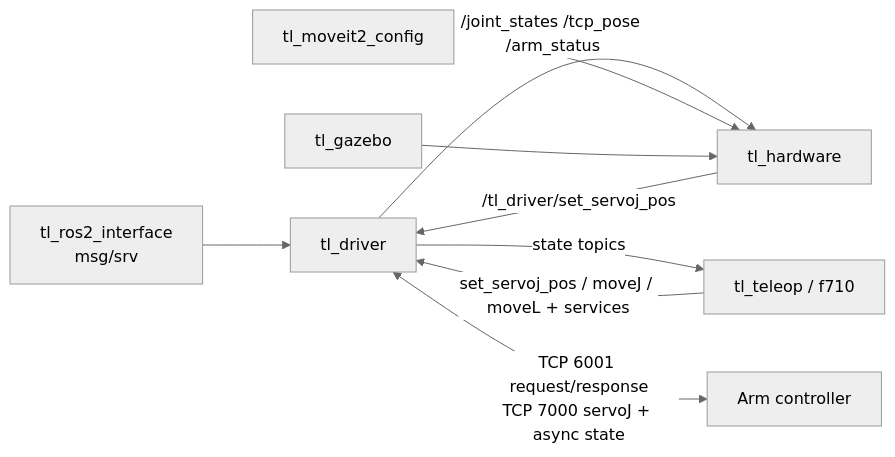
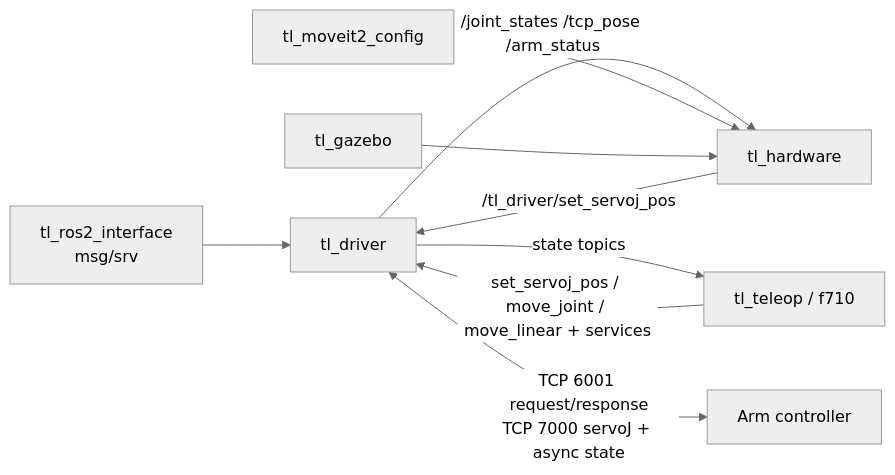
The diagram in AGENTS.md (tlibot-cn/tl_robot_ros2), drawn with Mermaid (neutral theme) before and after one commit. The commit also changed other lines of this file and 23 other files, not shown here.

````diff
--- a/AGENTS.md
+++ b/AGENTS.md
@@ -20,11 +20,11 @@
 ```mermaid
 flowchart LR
   I[tl_ros2_interface<br/>msg/srv] --> D[tl_driver]
   D -->|/joint_states /tcp_pose /arm_status| H[tl_hardware]
   D -->|state topics| T[tl_teleop / f710]
   H -->|/tl_driver/set_servoj_pos| D
-  T -->|set_servoj_pos / moveJ / moveL + services| D
+  T -->|set_servoj_pos / move_joint / move_linear + services| D
   D <-->|TCP 6001 request/response<br/>TCP 7000 servoJ + async state| C[Arm controller]
   M[tl_moveit2_config] --> H
   G[tl_gazebo] --> H
 ```
````
